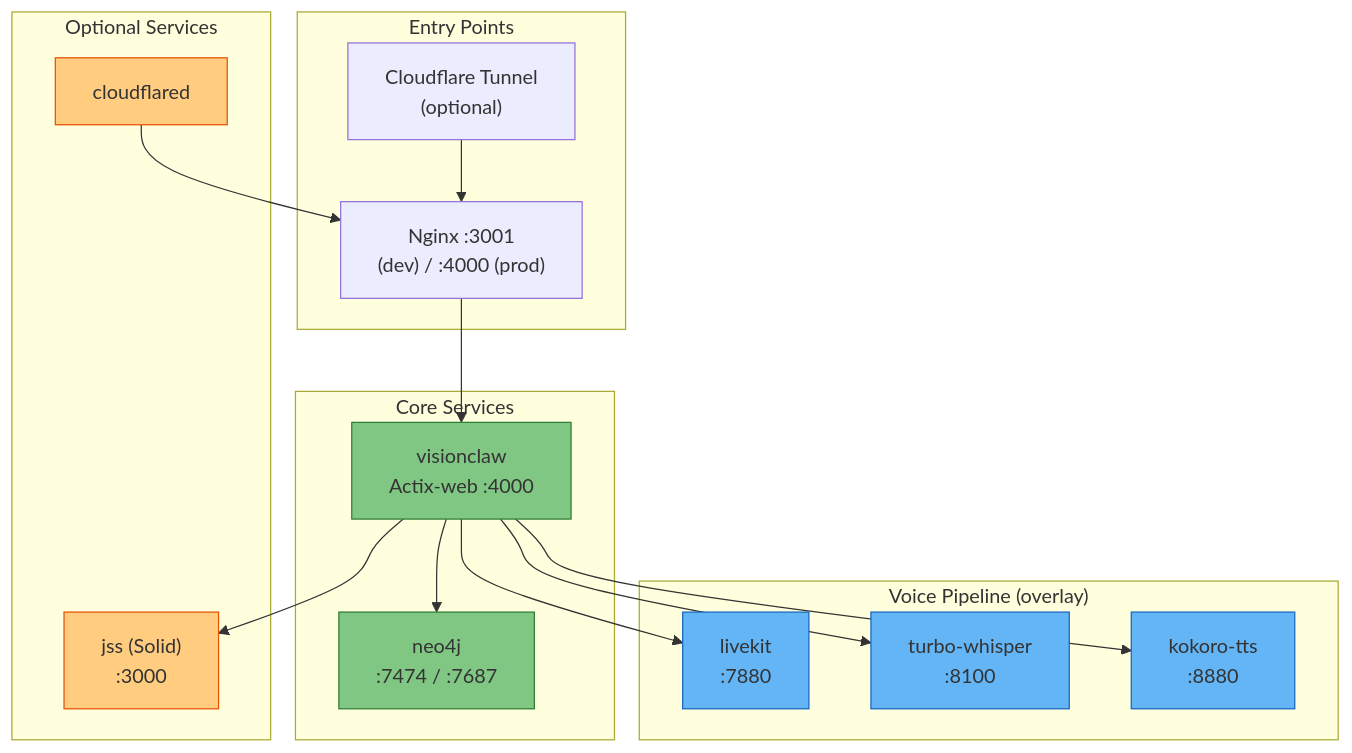
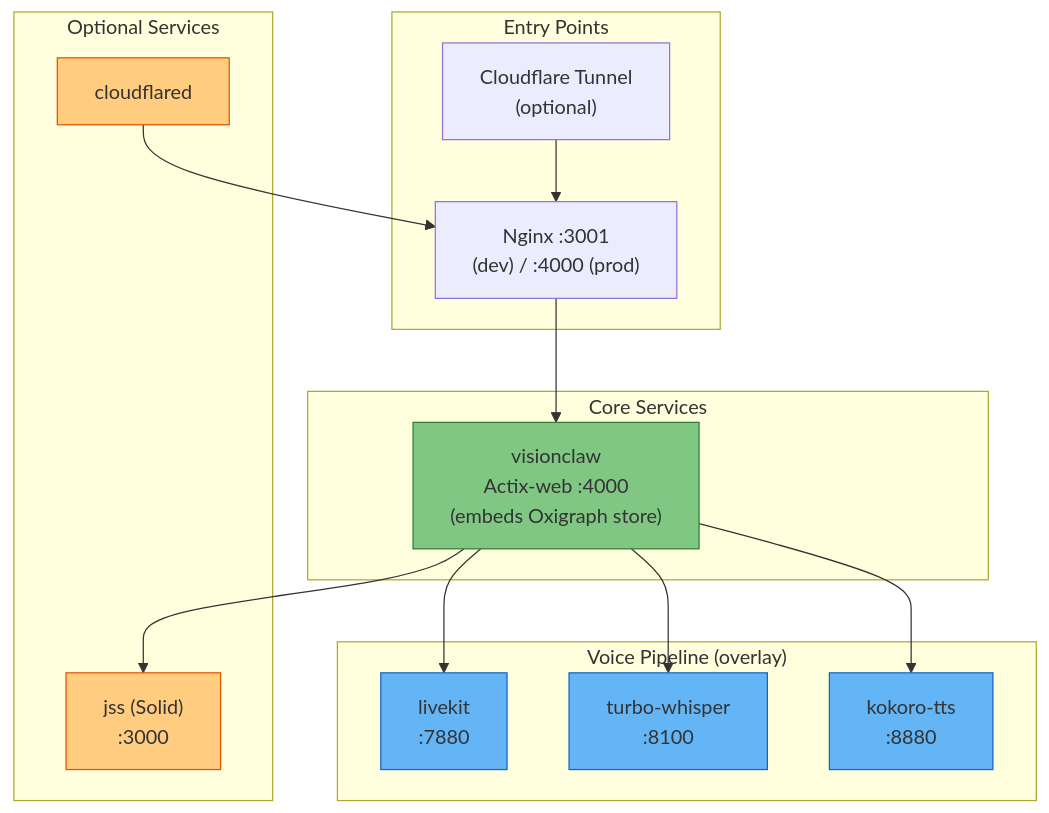
The first of 2 diagrams in docs/how-to/deployment-guide.md (shaneholloman/logseq-spring-thing), drawn with Mermaid before and after one commit. The commit also changed other lines of this file and 58 other files, not shown here.

First line of the commit message:
docs: Neo4j→Oxigraph + webxr→visionclaw alignment, physics controls, health probes

````diff
--- a/docs/how-to/deployment-guide.md
+++ b/docs/how-to/deployment-guide.md
@@ -141,39 +141,37 @@
 ```mermaid
 graph TB
     subgraph "Entry Points"
         Nginx["Nginx :3001\n(dev) / :4000 (prod)"]
         CF["Cloudflare Tunnel\n(optional)"]
     end
 
     subgraph "Core Services"
-        webxr["visionclaw\nActix-web :4000"]
-        neo4j["neo4j\n:7474 / :7687"]
+        visionclaw["visionclaw\nActix-web :4000\n(embeds Oxigraph store)"]
     end
 
     subgraph "Voice Pipeline (overlay)"
         livekit["livekit\n:7880"]
         whisper["turbo-whisper\n:8100"]
         kokoro["kokoro-tts\n:8880"]
     end
 
     subgraph "Optional Services"
         jss["jss (Solid)\n:3000"]
         cloudflared["cloudflared"]
     end
 
     CF --> Nginx
-    Nginx --> webxr
-    webxr --> neo4j
-    webxr --> livekit
-    webxr --> whisper
-    webxr --> kokoro
-    webxr --> jss
+    Nginx --> visionclaw
+    visionclaw --> livekit
+    visionclaw --> whisper
+    visionclaw --> kokoro
+    visionclaw --> jss
     cloudflared --> Nginx
 
     classDef core fill:#81c784,stroke:#2e7d32
     classDef voice fill:#64b5f6,stroke:#1565c0
     classDef optional fill:#ffcc80,stroke:#e65100
-    class webxr,neo4j core
+    class visionclaw core
     class livekit,whisper,kokoro voice
     class jss,cloudflared optional
 ```
````
